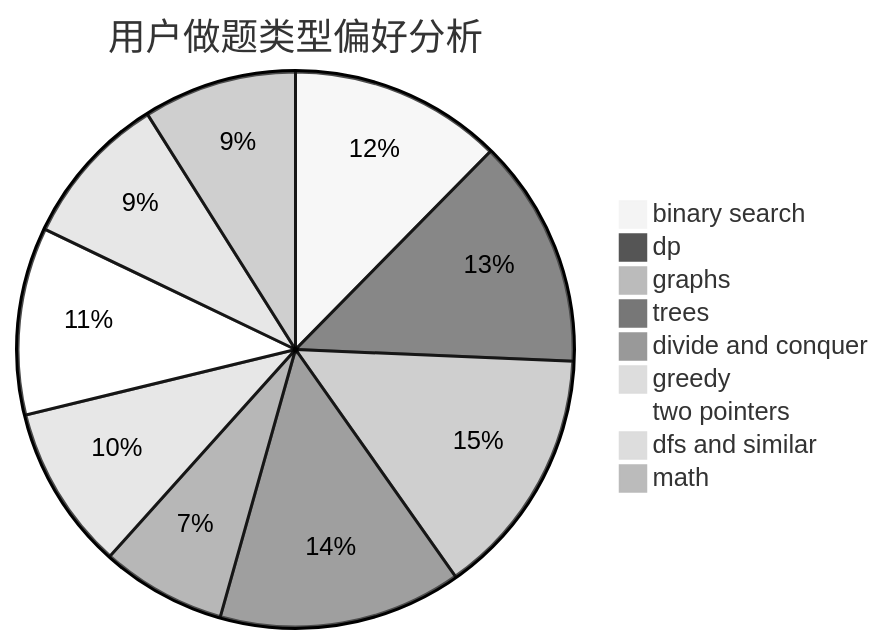
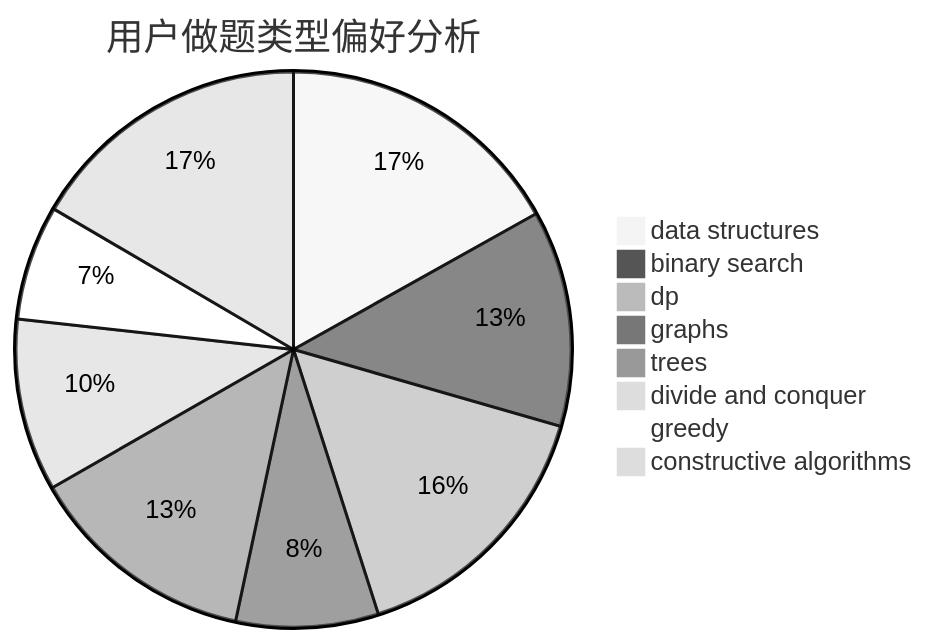
The second of 3 diagrams in docs/user/u247.md (sherpahu/cfrs.github.io), drawn with Mermaid (neutral theme) before and after one commit. The commit also changed other lines of this file and 2775 other files, not shown here.

````diff
--- a/docs/user/u247.md
+++ b/docs/user/u247.md
@@ -23,12 +23,11 @@
 ```mermaid
 pie title 用户做题类型偏好分析
-    "binary search" :  119
-    "dp" :  128
-    "graphs" :  140
-    "trees" :  136
-    "divide and conquer" :  70
-    "greedy" :  92
-    "two pointers" :  105
-    "dfs and similar" :  86
-    "math" :  86
+    "data structures" :  106
+    "binary search" :  79
+    "dp" :  98
+    "graphs" :  52
+    "trees" :  84
+    "divide and conquer" :  63
+    "greedy" :  42
+    "constructive algorithms" :  104
 ```
````
